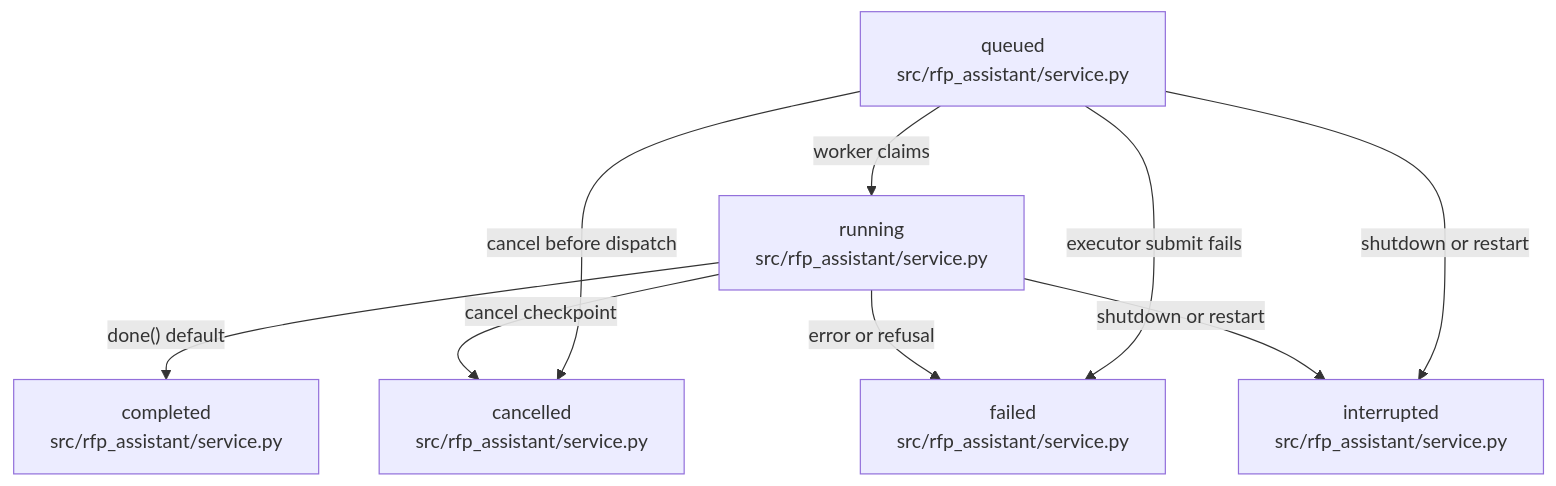
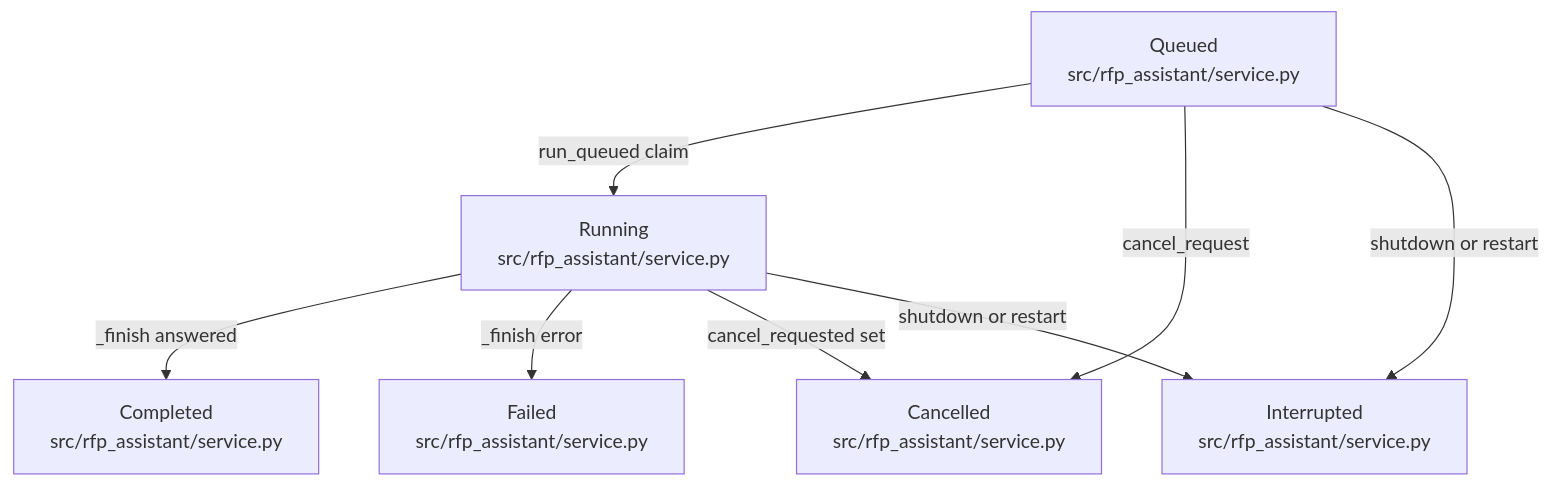
Before and after one commit to littleeeeebit/project-codeit-mid: the diagram in .omm/state-transitions/request-status/diagram.mmd, drawn with Mermaid. The commit also changed 373 other files, not shown here.

```diff
--- a/.omm/state-transitions/request-status/diagram.mmd
+++ b/.omm/state-transitions/request-status/diagram.mmd
@@ -1,15 +1,8 @@
 graph TD
-  queued["queued\nsrc/rfp_assistant/service.py"]
-  running["running\nsrc/rfp_assistant/service.py"]
-  completed["completed\nsrc/rfp_assistant/service.py"]
-  failed["failed\nsrc/rfp_assistant/service.py"]
-  cancelled["cancelled\nsrc/rfp_assistant/service.py"]
-  interrupted["interrupted\nsrc/rfp_assistant/service.py"]
-  queued -->|"worker claims"| running
-  queued -->|"cancel before dispatch"| cancelled
-  queued -->|"shutdown or restart"| interrupted
-  queued -->|"executor submit fails"| failed
-  running -->|"done() default"| completed
-  running -->|"error or refusal"| failed
-  running -->|"cancel checkpoint"| cancelled
+  queued["Queued\nsrc/rfp_assistant/service.py"] -->|"run_queued claim"| running["Running\nsrc/rfp_assistant/service.py"]
+  queued -->|"cancel_request"| cancelled["Cancelled\nsrc/rfp_assistant/service.py"]
+  queued -->|"shutdown or restart"| interrupted["Interrupted\nsrc/rfp_assistant/service.py"]
+  running -->|"_finish answered"| completed["Completed\nsrc/rfp_assistant/service.py"]
+  running -->|"_finish error"| failed["Failed\nsrc/rfp_assistant/service.py"]
+  running -->|"cancel_requested set"| cancelled
   running -->|"shutdown or restart"| interrupted
```
